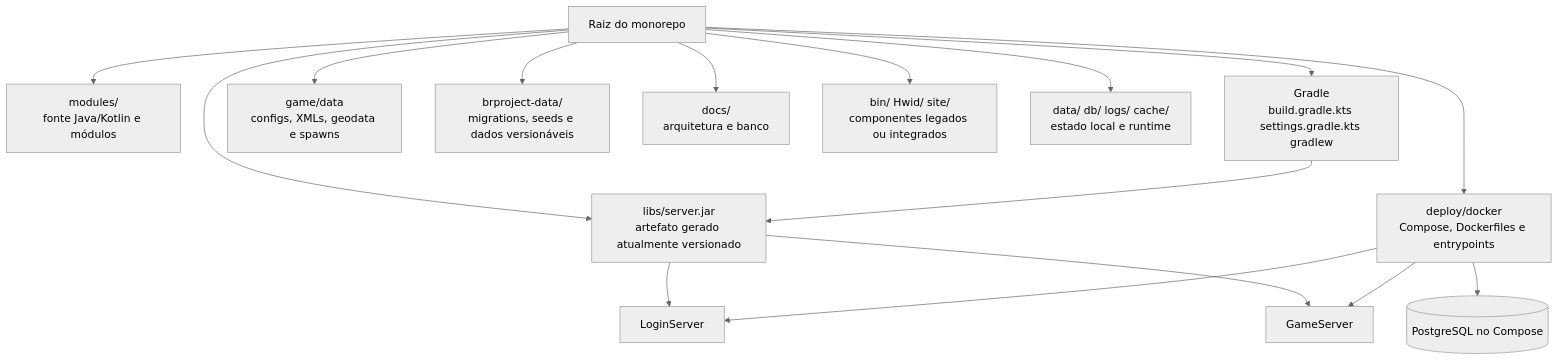
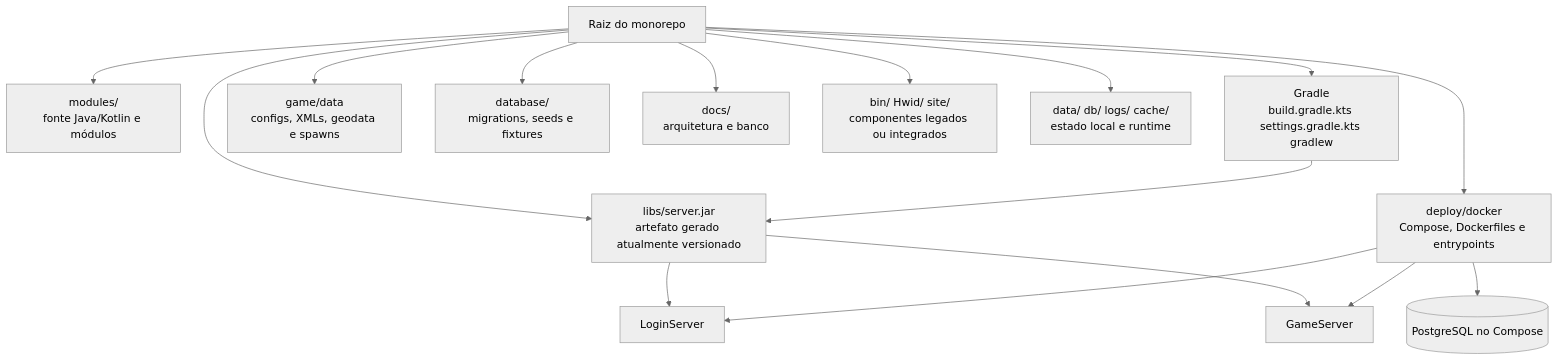
The diagram in docs/architecture/repository-inventory.md (VictorAlmeida92/L2-NewEra), drawn with Mermaid (neutral theme) before and after one commit. The commit also changed other lines of this file and 53 other files, not shown here.

````diff
--- a/docs/architecture/repository-inventory.md
+++ b/docs/architecture/repository-inventory.md
@@ -17,19 +17,19 @@
 ```mermaid
 flowchart TD
     Root[Raiz do monorepo]
     Root --> Source[modules/\nfonte Java/Kotlin e módulos]
     Root --> Build[Gradle\nbuild.gradle.kts settings.gradle.kts gradlew]
     Root --> GameData[game/data\nconfigs, XMLs, geodata e spawns]
-    Root --> Database[brproject-data/\nmigrations, seeds e dados versionáveis]
+    Root --> Database[database/\nmigrations, seeds e fixtures]
     Root --> Deploy[deploy/docker\nCompose, Dockerfiles e entrypoints]
     Root --> Docs[docs/\narquitetura e banco]
     Root --> Dist[libs/server.jar\nartefato gerado atualmente versionado]
     Root --> Legacy[bin/ Hwid/ site/\ncomponentes legados ou integrados]
     Root --> Runtime[data/ db/ logs/ cache/\nestado local e runtime]
     Build --> Dist
     Dist --> Login[LoginServer]
     Dist --> Game[GameServer]
     Deploy --> Login
     Deploy --> Game
     Deploy --> PostgreSQL[(PostgreSQL no Compose)]
 ```
````
